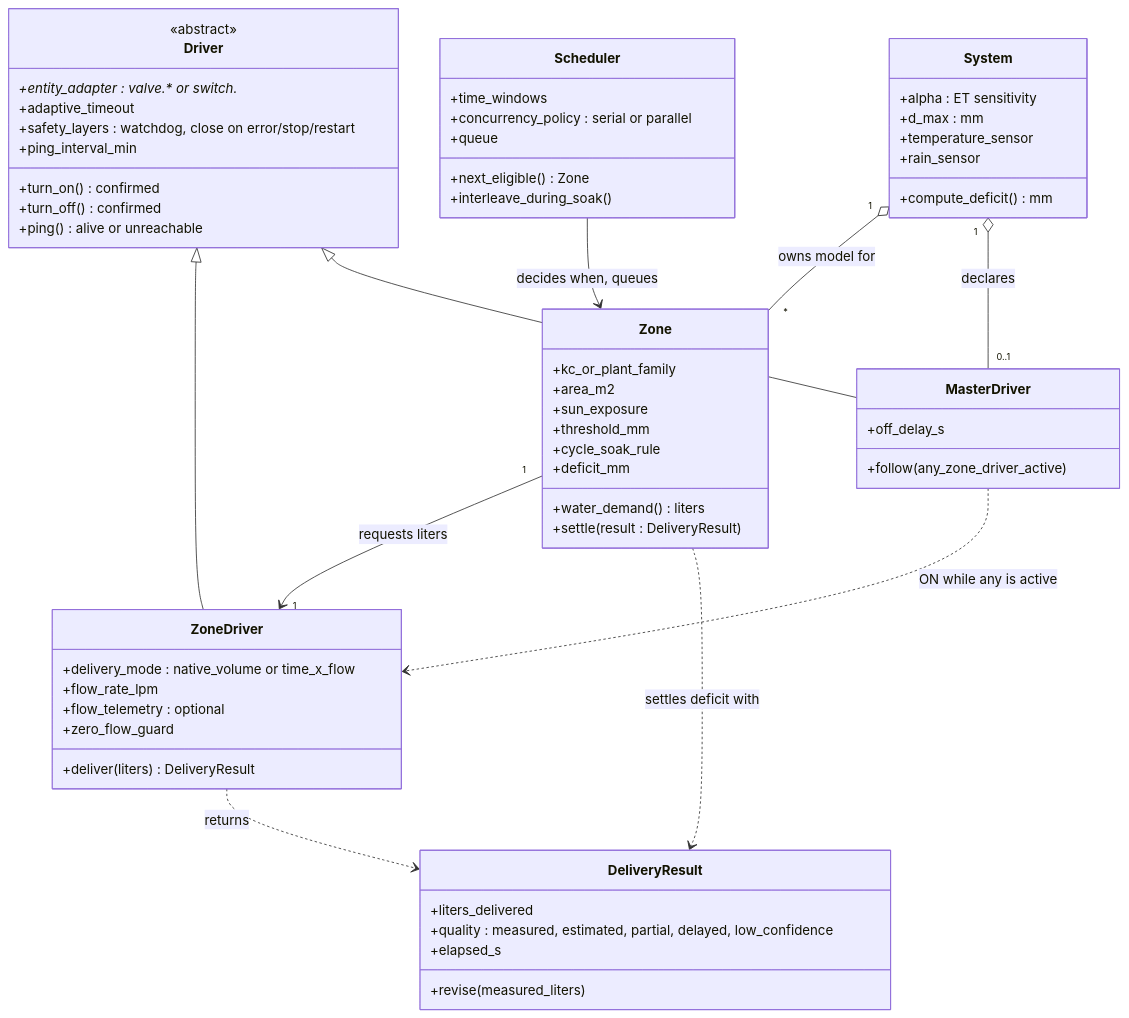
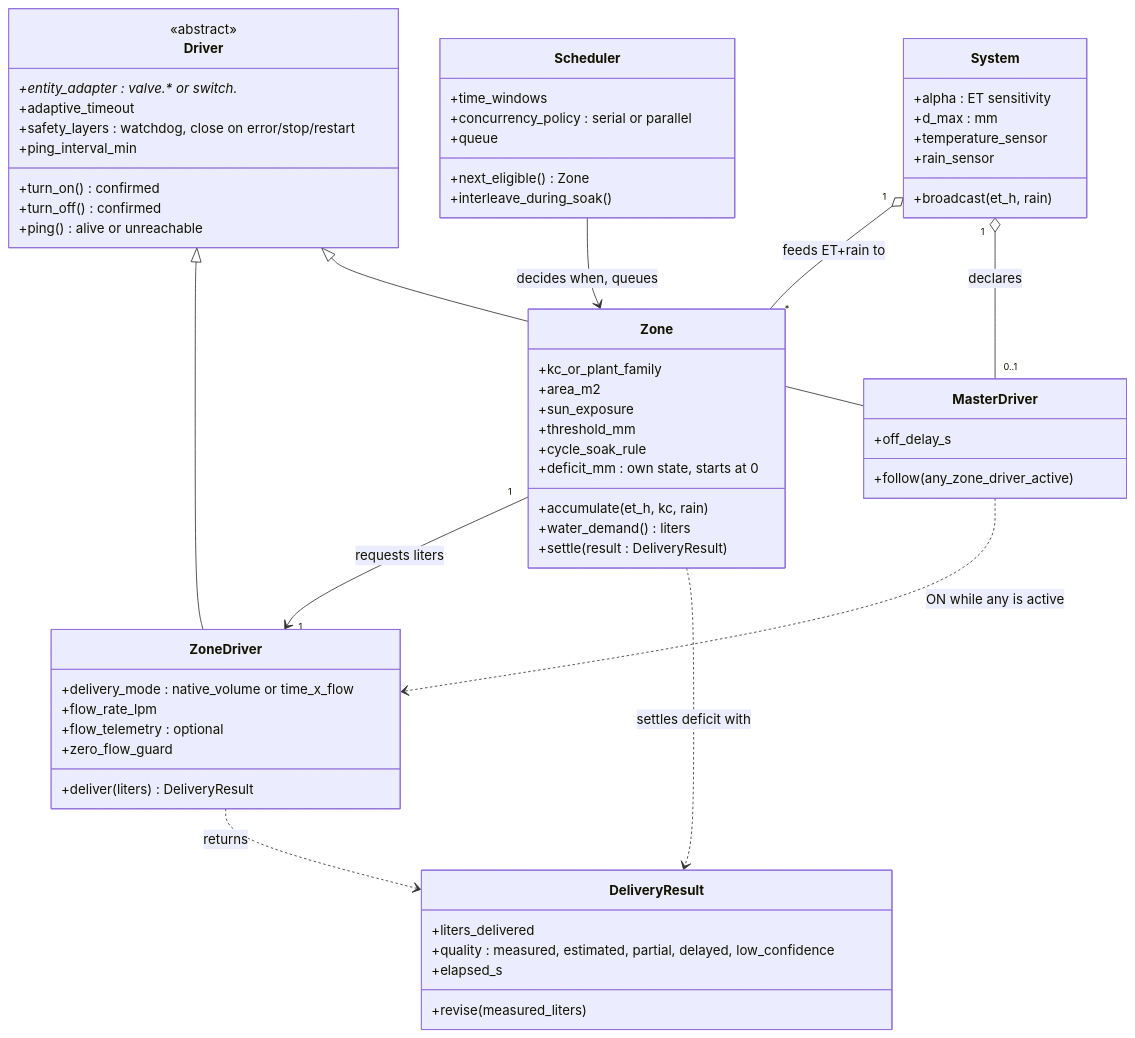
Before and after one commit to drake69/NeverDry: the diagram in docs/design_domain_object_model.md, drawn with Mermaid. The commit also changed other lines of this file and 7 other files, not shown here.

First line of the commit message:
Water-balance model: per-zone deficit authority, scheduled top-up, yearly rain

````diff
--- a/docs/design_domain_object_model.md
+++ b/docs/design_domain_object_model.md
@@ -51,72 +52,73 @@
 ```mermaid
 classDiagram
     direction TB
 
     class System {
         +alpha : ET sensitivity
         +d_max : mm
         +temperature_sensor
         +rain_sensor
-        +compute_deficit() mm
+        +broadcast(et_h, rain)
     }
 
     class Zone {
         +kc_or_plant_family
         +area_m2
         +sun_exposure
         +threshold_mm
         +cycle_soak_rule
-        +deficit_mm
+        +deficit_mm : own state, starts at 0
+        +accumulate(et_h, kc, rain)
         +water_demand() liters
         +settle(result : DeliveryResult)
     }
 
     class Scheduler {
         +time_windows
         +concurrency_policy : serial or parallel
         +queue
         +next_eligible() Zone
         +interleave_during_soak()
     }
 
     class Driver {
         <<abstract>>
         +entity_adapter : valve.* or switch.*
         +adaptive_timeout
         +safety_layers : watchdog, close on error/stop/restart
         +ping_interval_min
         +turn_on() confirmed
         +turn_off() confirmed
         +ping() alive or unreachable
     }
 
     class ZoneDriver {
         +delivery_mode : native_volume or time_x_flow
         +flow_rate_lpm
         +flow_telemetry : optional
         +zero_flow_guard
         +deliver(liters) DeliveryResult
     }
 
     class MasterDriver {
         +off_delay_s
         +follow(any_zone_driver_active)
     }
 
     class DeliveryResult {
         +liters_delivered
         +quality : measured, estimated, partial, delayed, low_confidence
         +elapsed_s
         +revise(measured_liters)
     }
 
     Driver <|-- ZoneDriver
     Driver <|-- MasterDriver
-    System "1" o-- "*" Zone : owns model for
+    System "1" o-- "*" Zone : feeds ET+rain to
     System "1" o-- "0..1" MasterDriver : declares
     Zone "1" --> "1" ZoneDriver : requests liters
     ZoneDriver ..> DeliveryResult : returns
     Zone ..> DeliveryResult : settles deficit with
     Scheduler --> Zone : decides when, queues
     MasterDriver ..> ZoneDriver : ON while any is active
 ```
````
